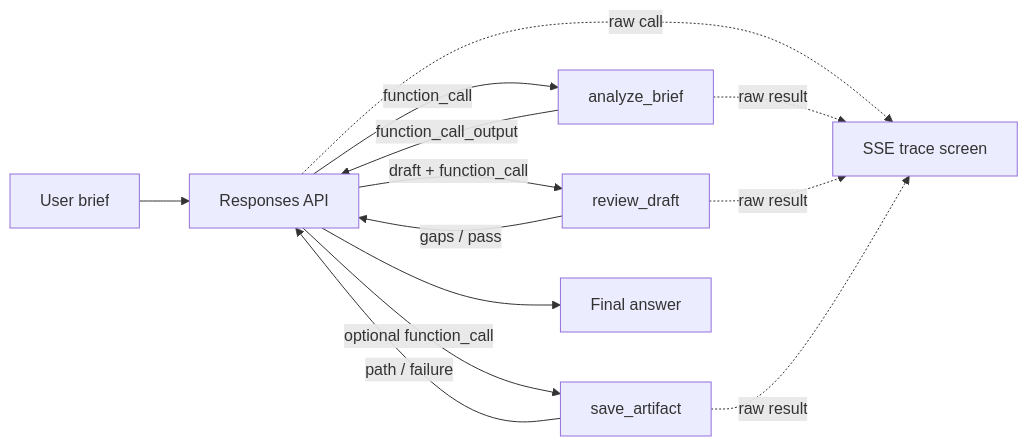
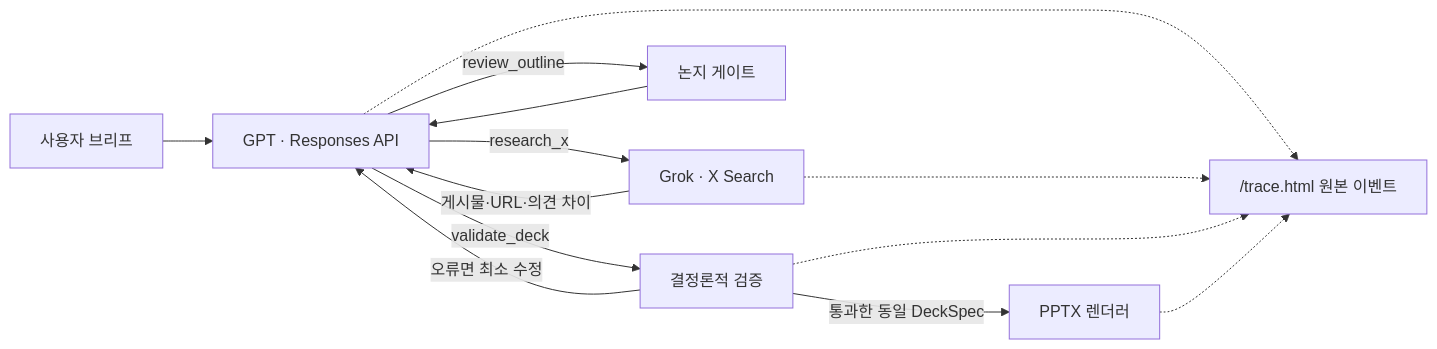
Before and after one commit to youkim1028/agent24-creative-agent: the diagram in docs/architecture.md, drawn with Mermaid. The commit also changed other lines of this file and 8 other files, not shown here.

Commit message:
docs: document demo architecture and submission checks

````diff
--- a/docs/architecture.md
+++ b/docs/architecture.md
@@ -5,15 +3,15 @@
 ```mermaid
 flowchart LR
-    U["User brief"] --> R["Responses API"]
-    R -->|"function_call"| A["analyze_brief"]
-    A -->|"function_call_output"| R
-    R -->|"draft + function_call"| Q["review_draft"]
-    Q -->|"gaps / pass"| R
-    R -->|"optional function_call"| S["save_artifact"]
-    S -->|"path / failure"| R
-    R --> F["Final answer"]
-    R -. "raw call" .-> E["SSE trace screen"]
-    A -. "raw result" .-> E
-    Q -. "raw result" .-> E
-    S -. "raw result" .-> E
+    U["사용자 브리프"] --> G["GPT · Responses API"]
+    G -->|"research_x"| X["Grok · X Search"]
+    X -->|"게시물·URL·의견 차이"| G
+    G -->|"review_outline"| O["논지 게이트"]
+    O --> G
+    G -->|"validate_deck"| V["결정론적 검증"]
+    V -->|"오류면 최소 수정"| G
+    V -->|"통과한 동일 DeckSpec"| P["PPTX 렌더러"]
+    G -.-> T["/trace.html 원본 이벤트"]
+    X -.-> T
+    V -.-> T
+    P -.-> T
 ```
````
